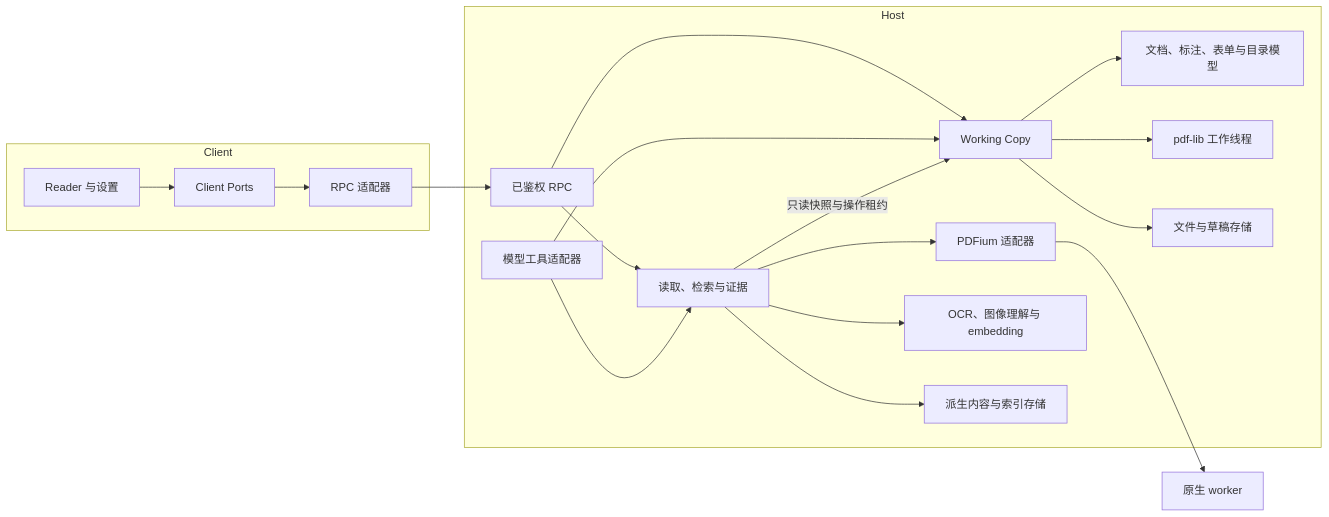
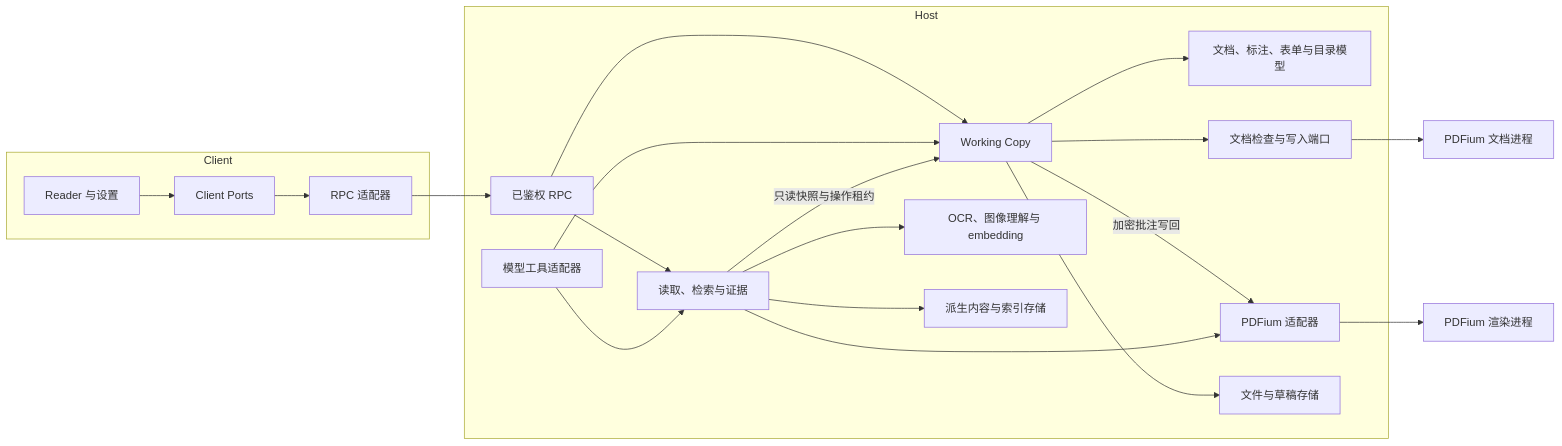
One commit to dingyiliao/dsh-bundle-pdf changed the diagram in docs/architecture.md. Above: the diagram before and after it, drawn with Mermaid. The commit also changed other lines of this file and 524 other files, not shown here.

````diff
--- a/docs/architecture.md
+++ b/docs/architecture.md
@@ -9,22 +9,24 @@
 ```mermaid
 flowchart LR
   subgraph Client[Client]
     UI[Reader 与设置] --> PORT[Client Ports]
     PORT --> REMOTE[RPC 适配器]
   end
   subgraph Host[Host]
     RPC[已鉴权 RPC] --> WC[Working Copy]
     TOOL[模型工具适配器] --> WC
     RPC --> READ[读取、检索与证据]
     TOOL --> READ
     READ -->|只读快照与操作租约| WC
     WC --> PURE[文档、标注、表单与目录模型]
-    WC --> WRITE[pdf-lib 工作线程]
+    WC --> DOCUMENT[文档检查与写入端口]
+    WC -->|加密批注写回| PDF[PDFium 适配器]
     WC --> FILES[文件与草稿存储]
-    READ --> PDF[PDFium 适配器]
+    READ --> PDF
     READ --> AI[OCR、图像理解与 embedding]
     READ --> INDEX[派生内容与索引存储]
   end
   REMOTE --> RPC
-  PDF --> WORKER[原生 worker]
+  PDF --> WORKER[PDFium 渲染进程]
+  DOCUMENT --> NATIVE[PDFium 文档进程]
 ```
````
